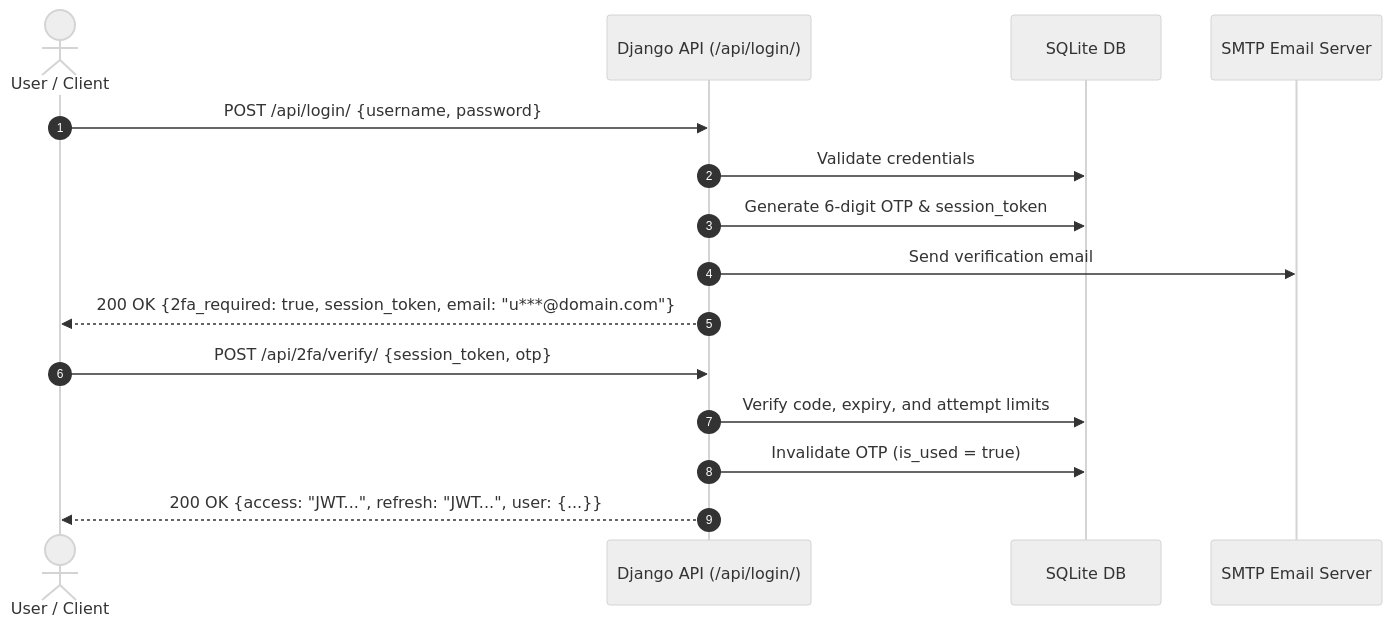
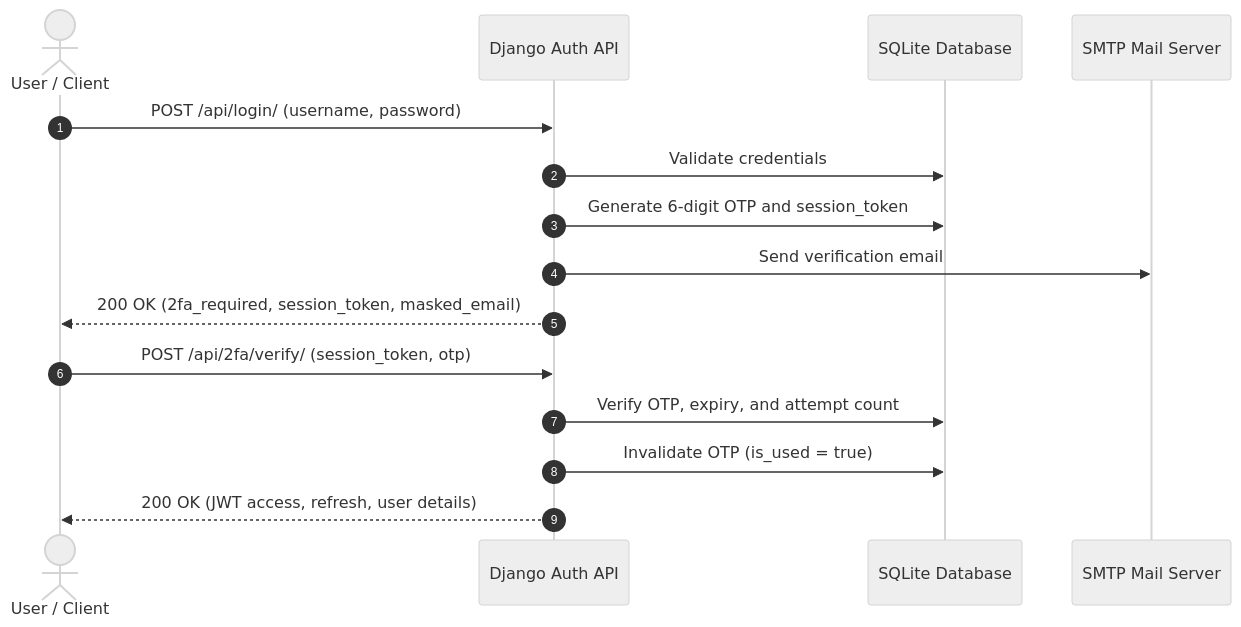
The second of 3 diagrams in README.md (moromorad/taskode-deploy), drawn with Mermaid (neutral theme) before and after one commit. The commit also changed other lines of this file, not shown here.

````diff
--- a/README.md
+++ b/README.md
@@ -158,19 +181,19 @@
 ```mermaid
 sequenceDiagram
     autonumber
     actor User as User / Client
-    participant API as Django API (/api/login/)
-    participant DB as SQLite DB
-    participant Mail as SMTP Email Server
+    participant API as Django Auth API
+    participant DB as SQLite Database
+    participant Mail as SMTP Mail Server
     
-    User->>API: POST /api/login/ {username, password}
+    User->>API: POST /api/login/ (username, password)
     API->>DB: Validate credentials
-    API->>DB: Generate 6-digit OTP & session_token
+    API->>DB: Generate 6-digit OTP and session_token
     API->>Mail: Send verification email
-    API-->>User: 200 OK {2fa_required: true, session_token, email: "u***@domain.com"}
+    API-->>User: 200 OK (2fa_required, session_token, masked_email)
     
-    User->>API: POST /api/2fa/verify/ {session_token, otp}
-    API->>DB: Verify code, expiry, and attempt limits
+    User->>API: POST /api/2fa/verify/ (session_token, otp)
+    API->>DB: Verify OTP, expiry, and attempt count
     API->>DB: Invalidate OTP (is_used = true)
-    API-->>User: 200 OK {access: "JWT...", refresh: "JWT...", user: {...}}
+    API-->>User: 200 OK (JWT access, refresh, user details)
 ```
````
